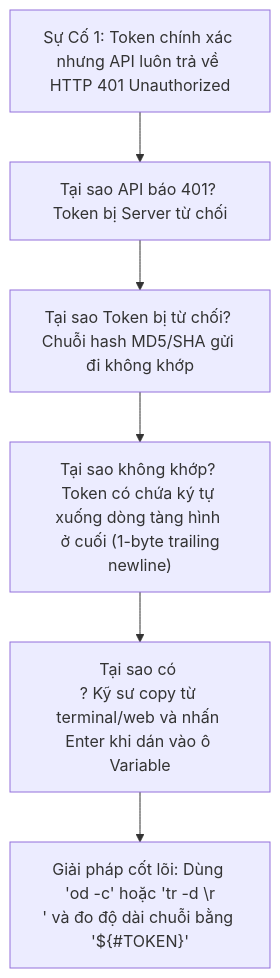
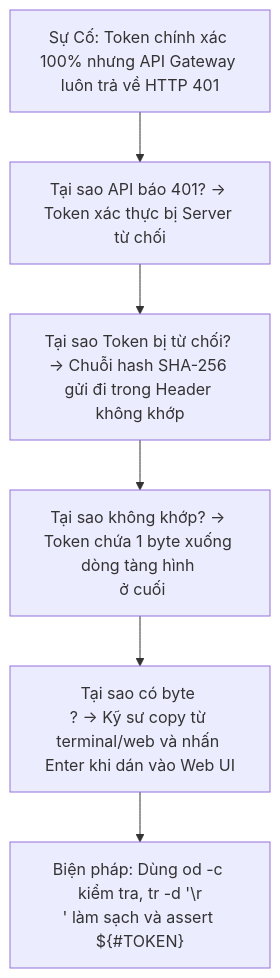
One commit to kiennt308/ntk changed the second of 2 diagrams in _posts/2026-09-12-gitlab-06-06-bien-va-bi-mat.md. Above: the diagram before and after it, drawn with Mermaid. The commit also changed other lines of this file and 44 other files, not shown here.

````diff
--- a/_posts/2026-09-12-gitlab-06-06-bien-va-bi-mat.md
+++ b/_posts/2026-09-12-gitlab-06-06-bien-va-bi-mat.md
@@ -309,11 +305,11 @@
 ```mermaid
 graph TD
-    INC1["Sự Cố 1: Token chính xác nhưng API luôn trả về HTTP 401 Unauthorized"]
-    W11["Tại sao API báo 401? Token bị Server từ chối"]
-    W12["Tại sao Token bị từ chối? Chuỗi hash MD5/SHA gửi đi không khớp"]
-    W13["Tại sao không khớp? Token có chứa ký tự xuống dòng tàng hình \n ở cuối (1-byte trailing newline)"]
-    W14["Tại sao có \n? Kỹ sư copy từ terminal/web và nhấn Enter khi dán vào ô Variable"]
-    W15["Giải pháp cốt lõi: Dùng 'od -c' hoặc 'tr -d \r\n' và đo độ dài chuỗi bằng '${#TOKEN}'"]
+    INC1["Sự Cố: Token chính xác 100% nhưng API Gateway luôn trả về HTTP 401"]
+    W11["Tại sao API báo 401? &rarr; Token xác thực bị Server từ chối"]
+    W12["Tại sao Token bị từ chối? &rarr; Chuỗi hash SHA-256 gửi đi trong Header không khớp"]
+    W13["Tại sao không khớp? &rarr; Token chứa 1 byte xuống dòng tàng hình \n ở cuối"]
+    W14["Tại sao có byte \n? &rarr; Kỹ sư copy từ terminal/web và nhấn Enter khi dán vào Web UI"]
+    W15["Biện pháp: Dùng od -c kiểm tra, tr -d '\r\n' làm sạch và assert ${#TOKEN}"]
     
     INC1 --> W11 --> W12 --> W13 --> W14 --> W15
 ```
````
